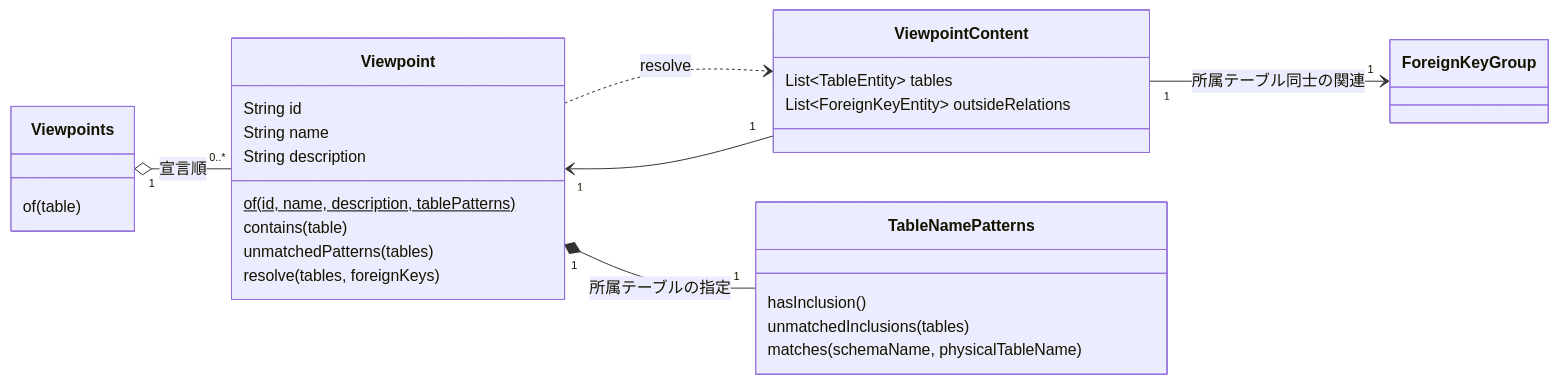
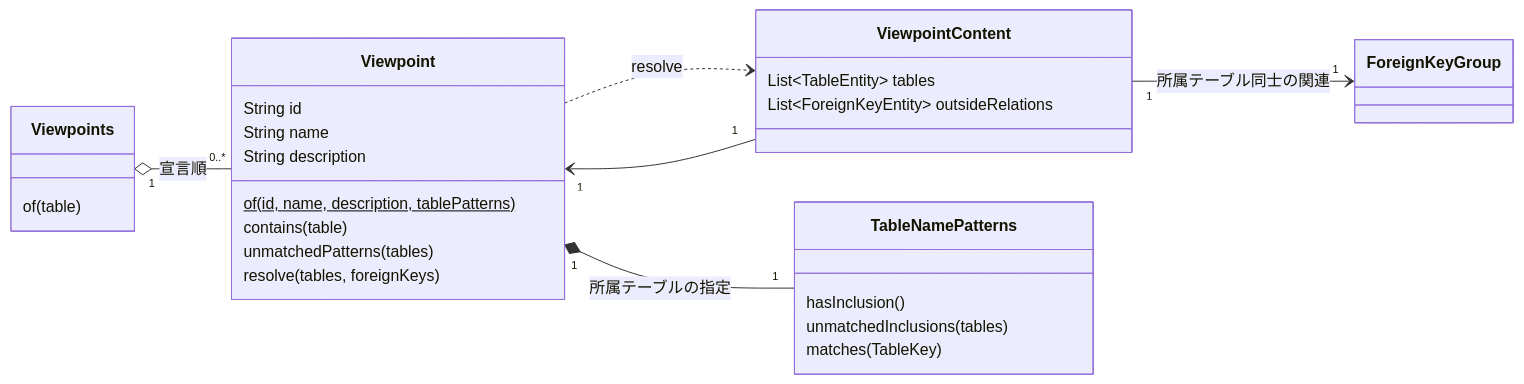
Before and after one commit to ebichan88/exportTableDefinition: the fourth of 5 diagrams in docs/architecture/domain-model.md, drawn with Mermaid. The commit also changed 17 other files, not shown here.

First line of the commit message:
Unify table identification on TableKey

````diff
--- a/docs/architecture/domain-model.md
+++ b/docs/architecture/domain-model.md
@@ -201,31 +201,31 @@
 ```mermaid
 classDiagram
   direction LR
   class Viewpoint {
     String id
     String name
     String description
     of(id, name, description, tablePatterns)$
     contains(table)
     unmatchedPatterns(tables)
     resolve(tables, foreignKeys)
   }
   class Viewpoints {
     of(table)
   }
   class ViewpointContent {
     List~TableEntity~ tables
     List~ForeignKeyEntity~ outsideRelations
   }
   class TableNamePatterns {
     hasInclusion()
     unmatchedInclusions(tables)
-    matches(schemaName, physicalTableName)
+    matches(TableKey)
   }
 
   Viewpoints "1" o-- "0..*" Viewpoint : 宣言順
   Viewpoint "1" *-- "1" TableNamePatterns : 所属テーブルの指定
   Viewpoint ..> ViewpointContent : resolve
   ViewpointContent "1" --> "1" Viewpoint
   ViewpointContent "1" --> "1" ForeignKeyGroup : 所属テーブル同士の関連
 ```
````
